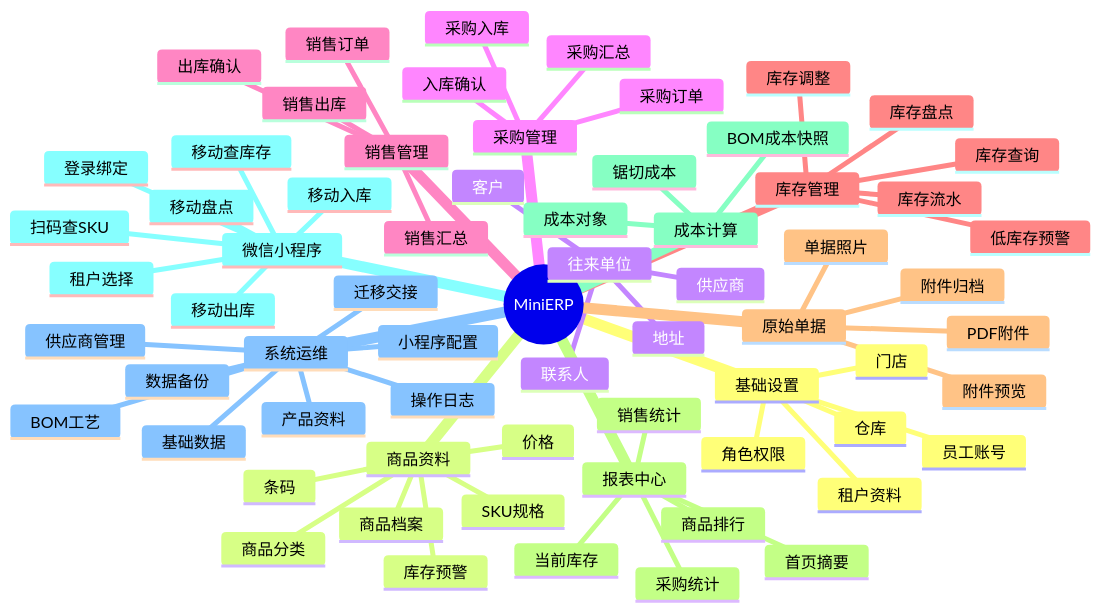
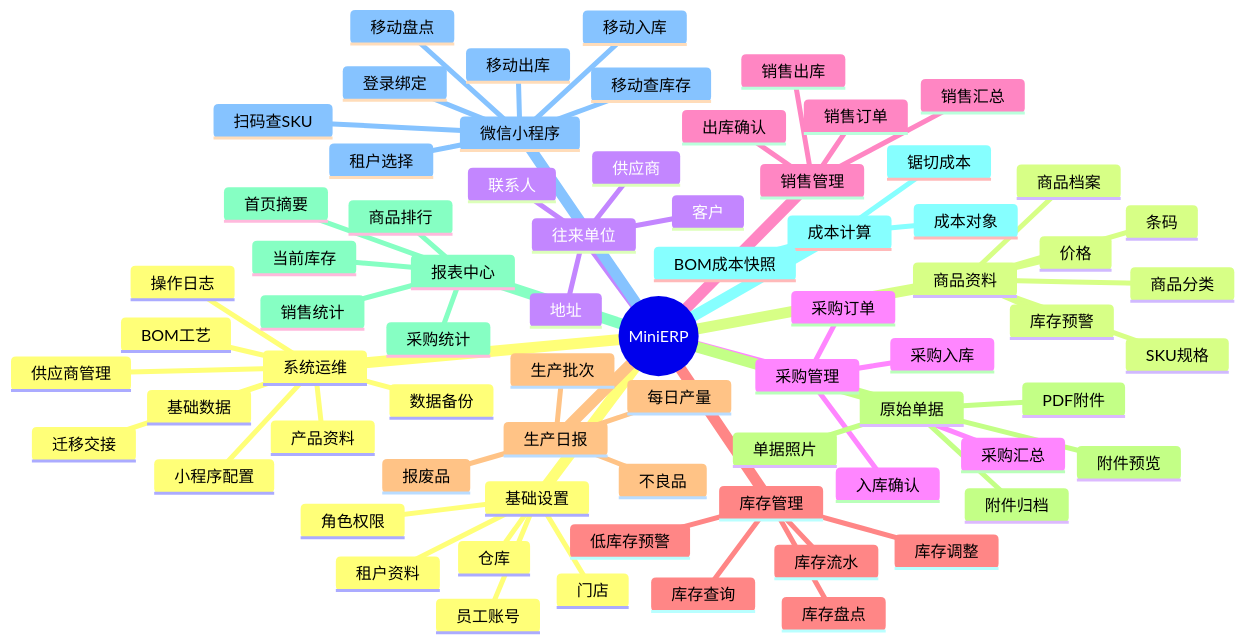
One commit to goldf2/mes-lite changed the first of 4 diagrams in docs/minierp/feature-model.md. Above: the diagram before and after it, drawn with Mermaid. The commit also changed other lines of this file and 9 other files, not shown here.

````diff
--- a/docs/minierp/feature-model.md
+++ b/docs/minierp/feature-model.md
@@ -5,70 +20,75 @@
 ```mermaid
 mindmap
   root((MiniERP))
     基础设置
       租户资料
       员工账号
       角色权限
       门店
       仓库
     商品资料
       商品分类
       商品档案
       SKU规格
       条码
       价格
       库存预警
     往来单位
       客户
       供应商
       联系人
       地址
     采购管理
       采购订单
       采购入库
       入库确认
       采购汇总
     销售管理
       销售订单
       销售出库
       出库确认
       销售汇总
     库存管理
       库存查询
       库存流水
       库存盘点
       库存调整
       低库存预警
+    生产日报
+      每日产量
+      不良品
+      报废品
+      生产批次
     原始单据
       单据照片
       PDF附件
       附件预览
       附件归档
     报表中心
       首页摘要
       当前库存
       采购统计
       销售统计
       商品排行
     成本计算
       锯切成本
       成本对象
       BOM成本快照
     微信小程序
       登录绑定
       租户选择
       移动查库存
       扫码查SKU
       移动入库
       移动出库
       移动盘点
     系统运维
       基础数据
       供应商管理
       产品资料
       BOM工艺
       小程序配置
       数据备份
       操作日志
       迁移交接
 ```
````
